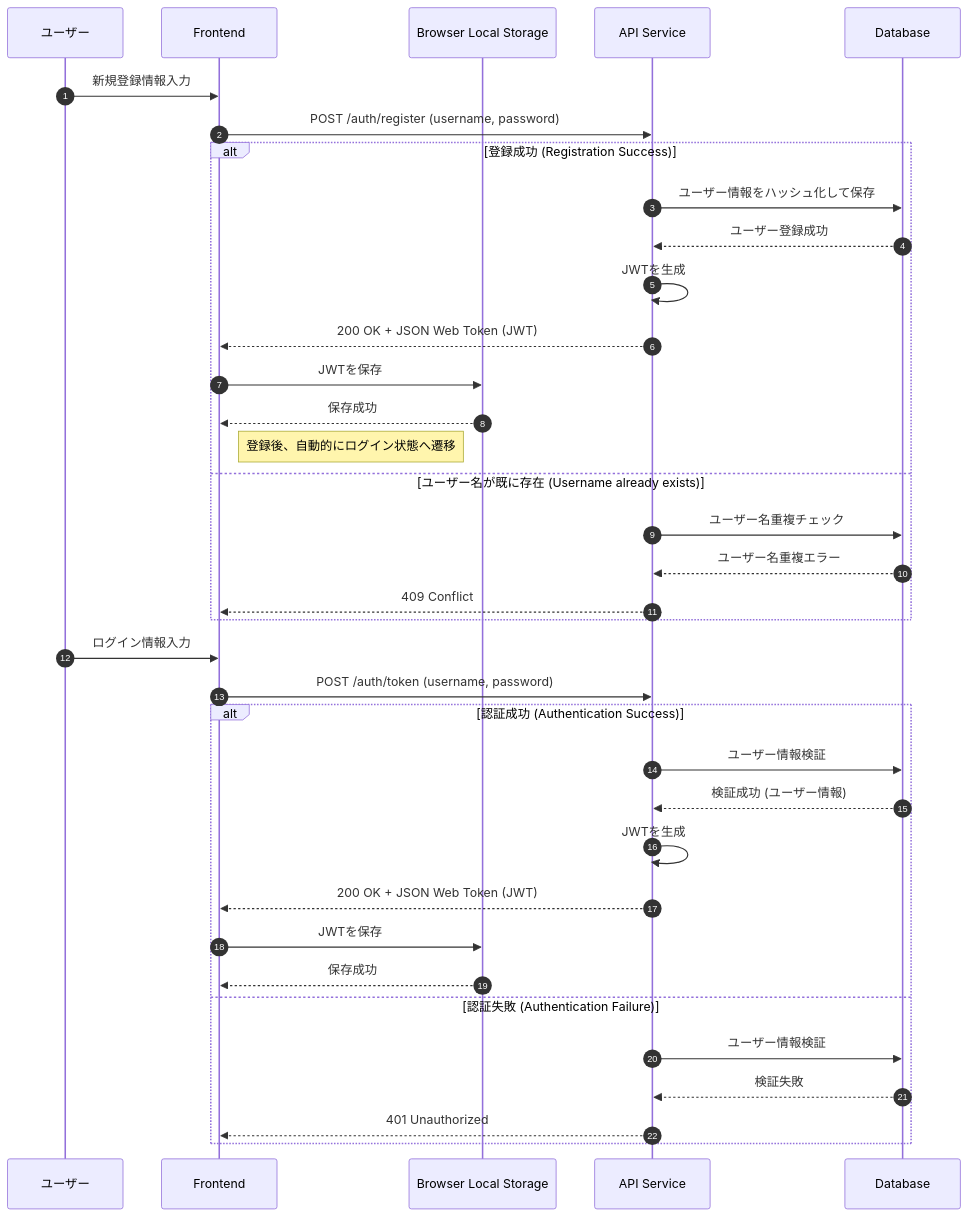
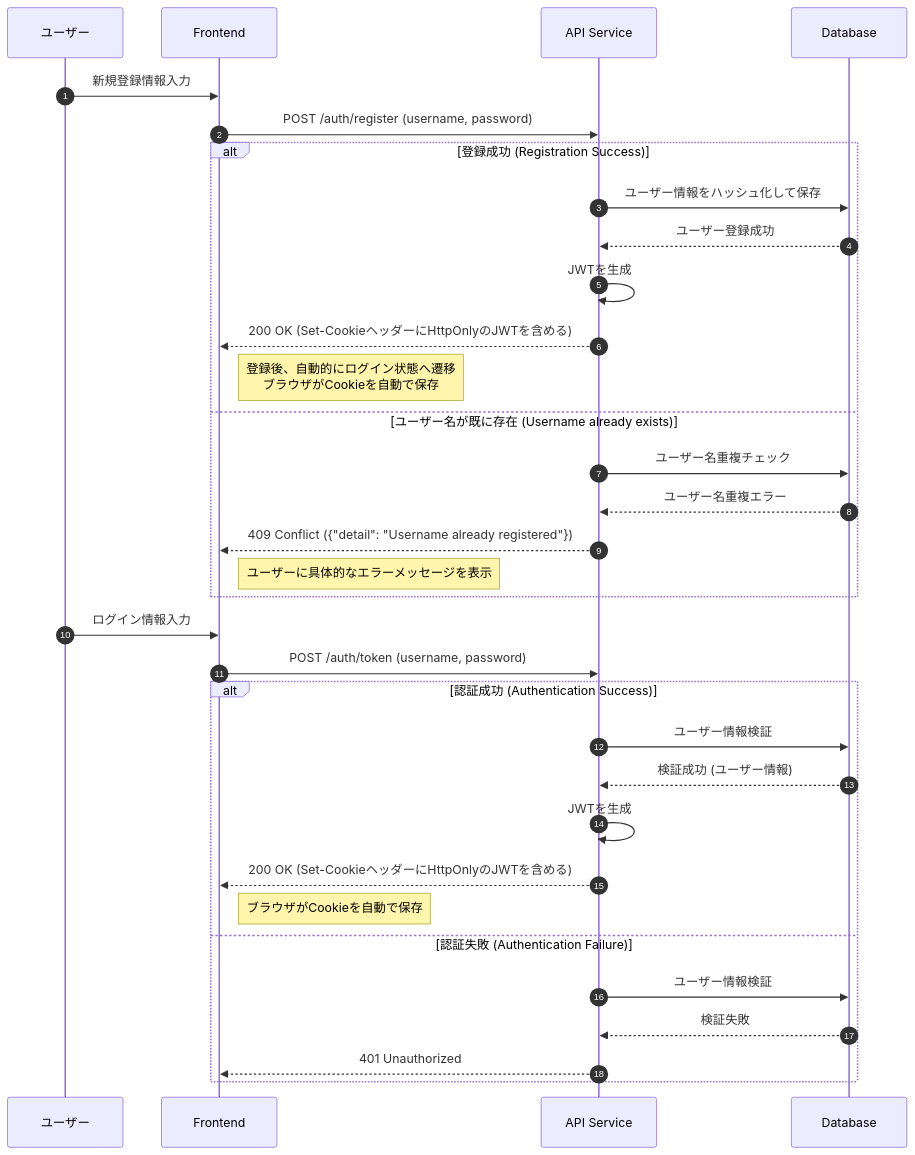
Before and after one commit to vdslab/LLMGraphvis: the diagram in specification/Authentication.md, drawn with Mermaid. The commit also changed 2 other files, not shown here.

Commit message:
docs: Align specification documents with implementation details

````diff
--- a/specification/Authentication.md
+++ b/specification/Authentication.md
@@ -9,44 +9,41 @@
 ```mermaid
 sequenceDiagram
     autonumber
     participant U as ユーザー
     participant F as Frontend
-    participant LS as Browser Local Storage
     participant B as API Service
     participant DB as Database
 
     %% User Registration & Auto-Login
     U->>F: 新規登録情報入力
     F->>B: POST /auth/register (username, password)
     
     alt 登録成功 (Registration Success)
         B->>DB: ユーザー情報をハッシュ化して保存
         DB-->>B: ユーザー登録成功
         B->>B: JWTを生成
-        B-->>F: 200 OK + JSON Web Token (JWT)
-        F->>LS: JWTを保存
-        LS-->>F: 保存成功
-        note right of F: 登録後、自動的にログイン状態へ遷移
+        B-->>F: 200 OK (Set-CookieヘッダーにHttpOnlyのJWTを含める)
+        note right of F: 登録後、自動的にログイン状態へ遷移<br/>ブラウザがCookieを自動で保存
     else ユーザー名が既に存在 (Username already exists)
         B->>DB: ユーザー名重複チェック
         DB-->>B: ユーザー名重複エラー
-        B-->>F: 409 Conflict
+        B-->>F: 409 Conflict ({"detail": "Username already registered"})
+        note right of F: ユーザーに具体的なエラーメッセージを表示
     end
 
     %% User Login
     U->>F: ログイン情報入力
     F->>B: POST /auth/token (username, password)
 
     alt 認証成功 (Authentication Success)
         B->>DB: ユーザー情報検証
         DB-->>B: 検証成功 (ユーザー情報)
         B->>B: JWTを生成
-        B-->>F: 200 OK + JSON Web Token (JWT)
-        F->>LS: JWTを保存
-        LS-->>F: 保存成功
+        B-->>F: 200 OK (Set-CookieヘッダーにHttpOnlyのJWTを含める)
+        note right of F: ブラウザがCookieを自動で保存
     else 認証失敗 (Authentication Failure)
         B->>DB: ユーザー情報検証
         DB-->>B: 検証失敗
         B-->>F: 401 Unauthorized
     end
 ```
````
